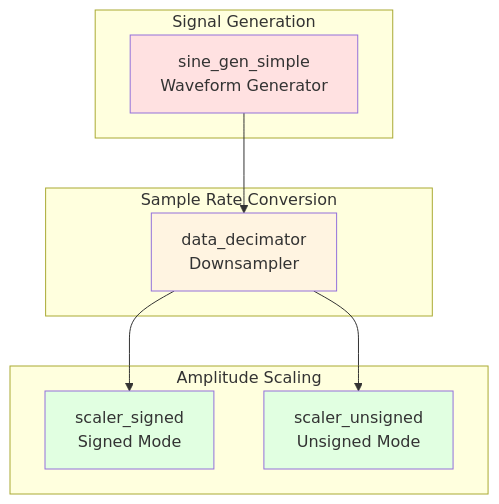
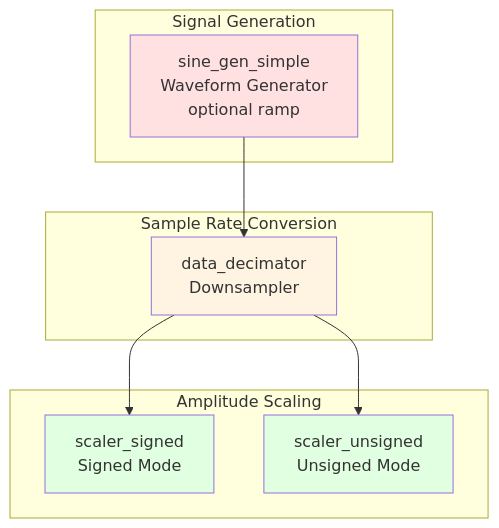
The first of 11 diagrams in docs/src/signal_chain/README.md (ekazakov1507/pwm_demo), drawn with Mermaid before and after one commit. The commit also changed other lines of this file and 10 other files, not shown here.

````diff
--- a/docs/src/signal_chain/README.md
+++ b/docs/src/signal_chain/README.md
@@ -14,24 +14,24 @@
 ```mermaid
 graph TB
     subgraph "Signal Generation"
-        SINE[sine_gen_simple<br/>Waveform Generator]
+        SINE[sine_gen_simple<br/>Waveform Generator<br/>optional ramp]
     end
 
     subgraph "Sample Rate Conversion"
         DEC[data_decimator<br/>Downsampler]
     end
 
     subgraph "Amplitude Scaling"
         SCALER_S[scaler_signed<br/>Signed Mode]
         SCALER_U[scaler_unsigned<br/>Unsigned Mode]
     end
 
     SINE --> DEC
     DEC --> SCALER_S
     DEC --> SCALER_U
 
     style SINE fill:#ffe1e1
     style DEC fill:#fff4e1
     style SCALER_S fill:#e1ffe1
     style SCALER_U fill:#e1ffe1
 ```
````
